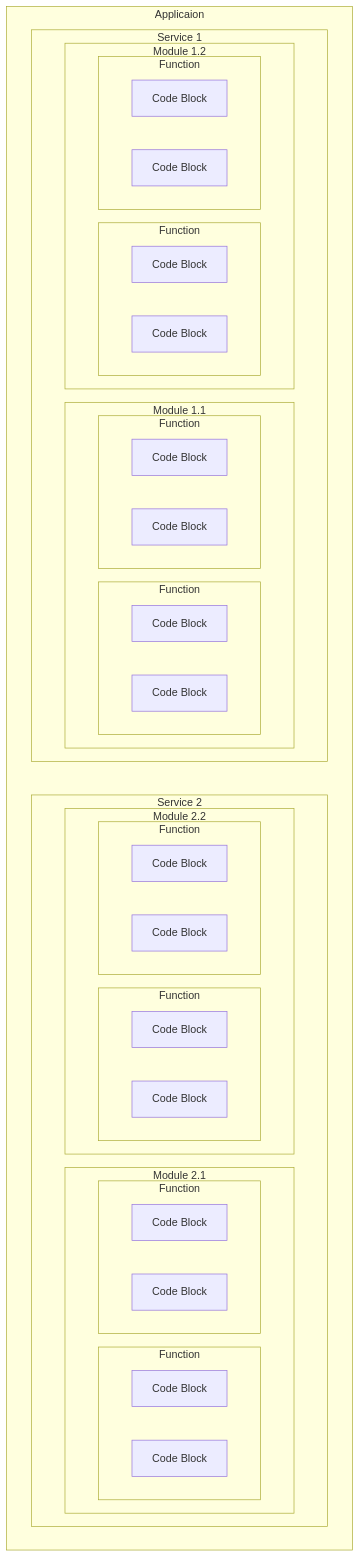
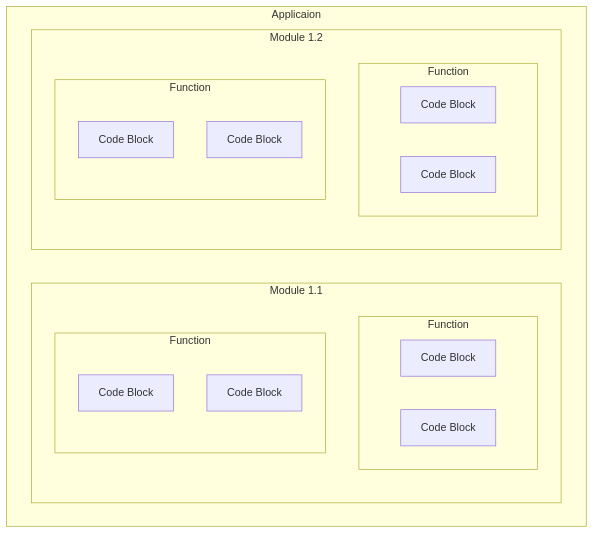
One commit to trancongbao/trancongbao.github.io changed the diagram in Software_Decomposition/1_What_Is_Software_Decomposition.md. Above: the diagram before and after it, drawn with Mermaid.

Commit message:
Software Decomposition

````diff
--- a/Software_Decomposition/1_What_Is_Software_Decomposition.md
+++ b/Software_Decomposition/1_What_Is_Software_Decomposition.md
@@ -13,49 +13,25 @@
 ```mermaid
 flowchart TD
     subgraph Application[Applicaion]
-        subgraph 1 [Service 1]
-            subgraph 1.1 [Module 1.1]
-                subgraph 1.1.1 [Function]
-                    1.1.1.1[Code Block]
-                    1.1.1.2[Code Block]
-                end
-                subgraph 1.1.2 [Function]
-                    1.1.2.1[Code Block]
-                    1.1.2.2[Code Block]
-                end
+        subgraph 1.1 [Module 1.1]
+            subgraph 1.1.1 [Function]
+                1.1.1.1[Code Block]
+                1.1.1.2[Code Block]
             end
-            subgraph 1.2 [Module 1.2]
-                subgraph 1.2.1 [Function]
-                    1.2.1.1[Code Block]
-                    1.2.1.2[Code Block]
-                end
-                subgraph 1.2.2 [Function]
-                    1.2.2.1[Code Block]
-                    1.2.2.2[Code Block]
-                end
+            subgraph 1.1.2 [Function]
+                1.1.2.1[Code Block]
+                1.1.2.2[Code Block]
             end
         end
-        subgraph 2 [Service 2]
-            subgraph 2.1 [Module 2.1]
-                subgraph 2.1.1 [Function]
-                    2.1.1.1[Code Block]
-                    2.1.1.2[Code Block]
-                end
-                subgraph 2.1.2 [Function]
-                    2.1.2.1[Code Block]
-                    2.1.2.2[Code Block]
-                end
+        subgraph 1.2 [Module 1.2]
+            subgraph 1.2.1 [Function]
+                1.2.1.1[Code Block]
+                1.2.1.2[Code Block]
             end
-            subgraph 2.2 [Module 2.2]
-                subgraph 2.2.1 [Function]
-                    2.2.1.1[Code Block]
-                    2.2.1.2[Code Block]
-                end
-                subgraph 2.2.2 [Function]
-                    2.2.2.1[Code Block]
-                    2.2.2.2[Code Block]
-                end
+            subgraph 1.2.2 [Function]
+                1.2.2.1[Code Block]
+                1.2.2.2[Code Block]
             end
         end
     end
 ```
````
